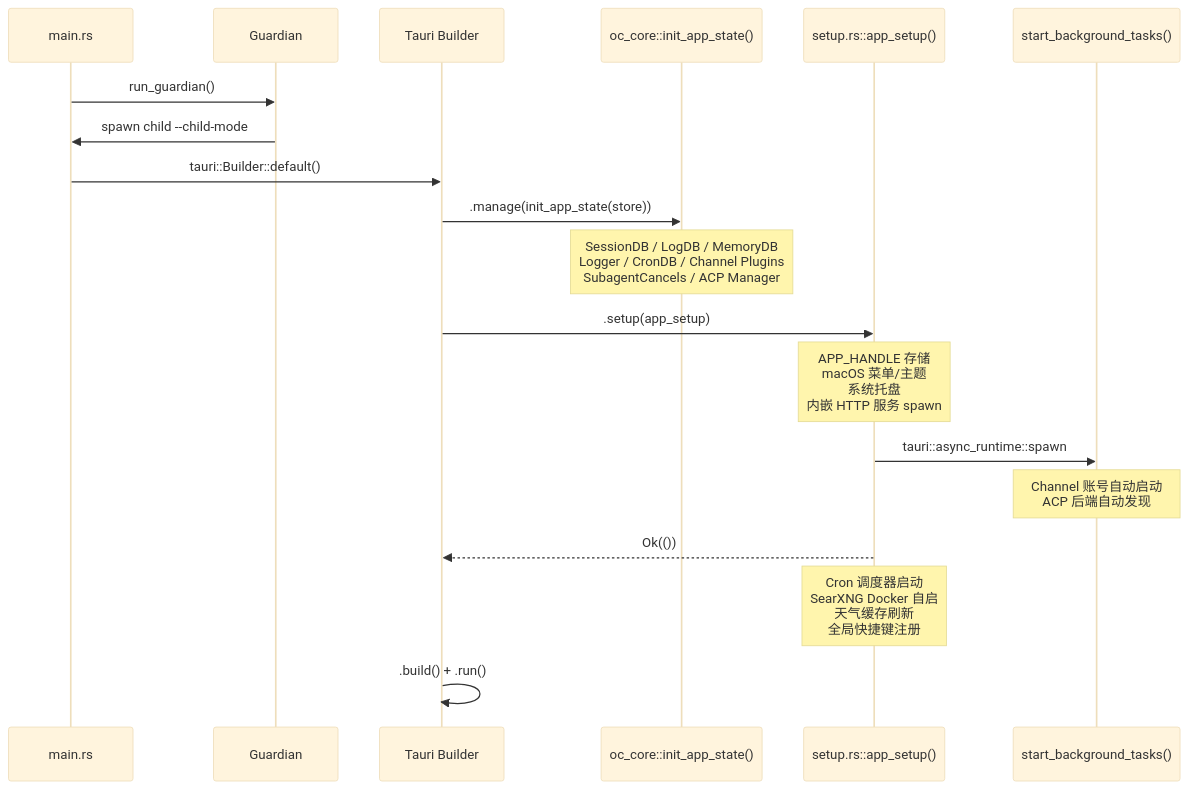
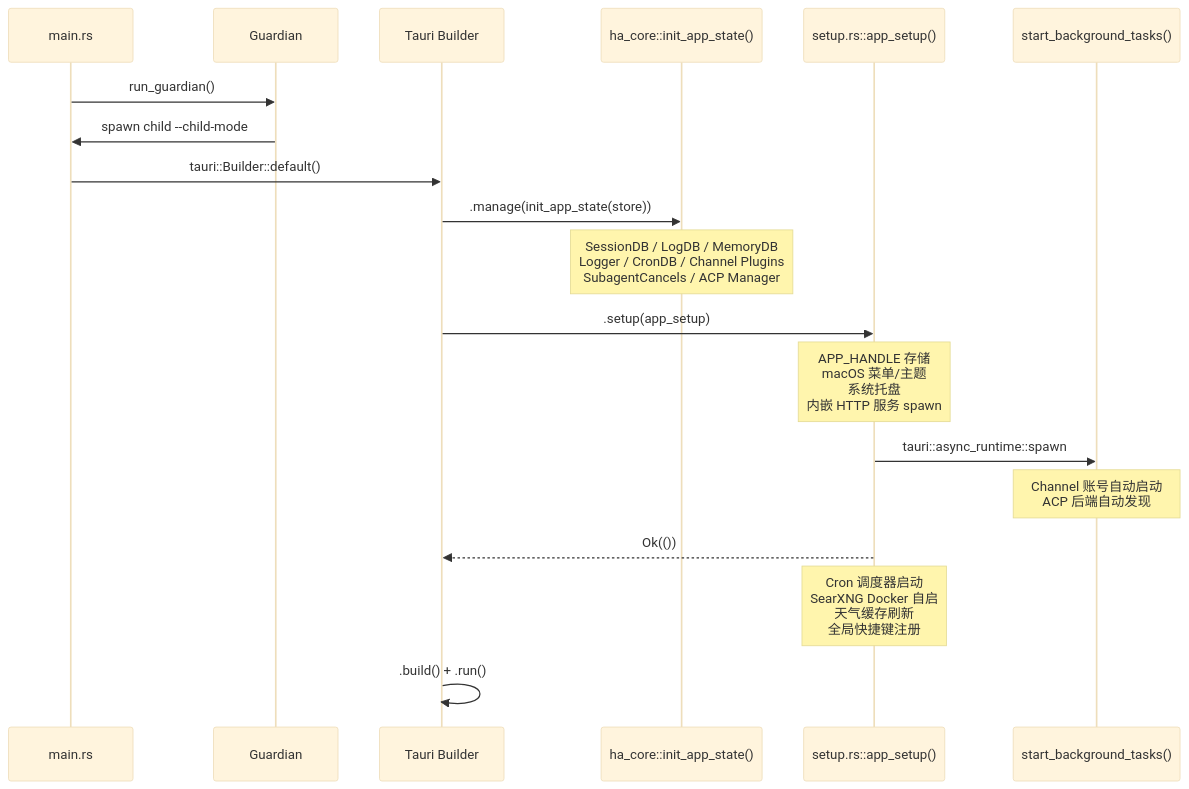
The fifth of 8 diagrams in docs/architecture/backend-separation.md (shiwenwen/hope-agent), drawn with Mermaid (base theme) before and after one commit. The commit also changed other lines of this file and 727 other files, not shown here.

````diff
--- a/docs/architecture/backend-separation.md
+++ b/docs/architecture/backend-separation.md
@@ -289,22 +289,22 @@
 ```mermaid
 sequenceDiagram
     participant Main as main.rs
     participant Guard as Guardian
     participant Tauri as Tauri Builder
-    participant Init as oc_core::init_app_state()
+    participant Init as ha_core::init_app_state()
     participant Setup as setup.rs::app_setup()
     participant BG as start_background_tasks()
 
     Main->>Guard: run_guardian()
     Guard->>Main: spawn child --child-mode
     Main->>Tauri: tauri::Builder::default()
     Tauri->>Init: .manage(init_app_state(store))
     Note over Init: SessionDB / LogDB / MemoryDB<br/>Logger / CronDB / Channel Plugins<br/>SubagentCancels / ACP Manager
     Tauri->>Setup: .setup(app_setup)
     Note over Setup: APP_HANDLE 存储<br/>macOS 菜单/主题<br/>系统托盘<br/>内嵌 HTTP 服务 spawn
     Setup->>BG: tauri::async_runtime::spawn
     Note over BG: Channel 账号自动启动<br/>ACP 后端自动发现
     Setup-->>Tauri: Ok(())
     Note over Setup: Cron 调度器启动<br/>SearXNG Docker 自启<br/>天气缓存刷新<br/>全局快捷键注册
     Tauri->>Tauri: .build() + .run()
 ```
````
